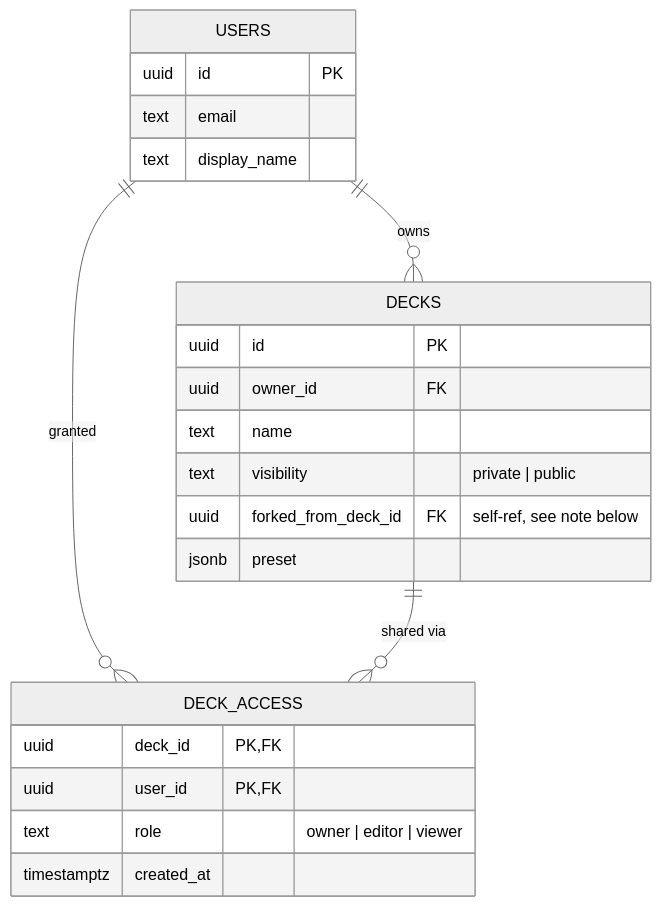
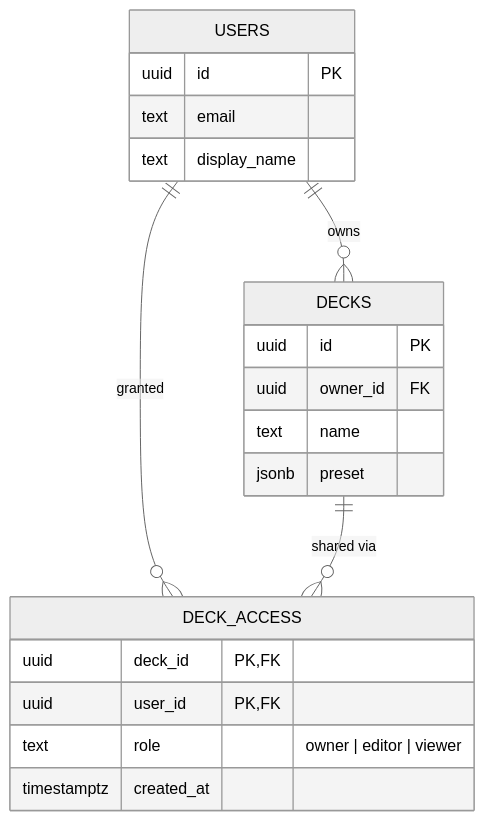
One commit to Jolls/deckshare changed the fourth of 5 diagrams in docs/schema-diagram.md. Above: the diagram before and after it, drawn with Mermaid (neutral theme). The commit also changed other lines of this file and 13 other files, not shown here.

````diff
--- a/docs/schema-diagram.md
+++ b/docs/schema-diagram.md
@@ -374,28 +371,26 @@
 ```mermaid
 erDiagram
     USERS ||--o{ DECKS : "owns"
     USERS ||--o{ DECK_ACCESS : "granted"
     DECKS ||--o{ DECK_ACCESS : "shared via"
 
     USERS {
         uuid id PK
         text email
         text display_name
     }
 
     DECKS {
         uuid id PK
         uuid owner_id FK
         text name
-        text visibility "private | public"
-        uuid forked_from_deck_id FK "self-ref, see note below"
         jsonb preset
     }
 
     DECK_ACCESS {
         uuid deck_id PK,FK
         uuid user_id PK,FK
         text role "owner | editor | viewer"
         timestamptz created_at
     }
 ```
````
